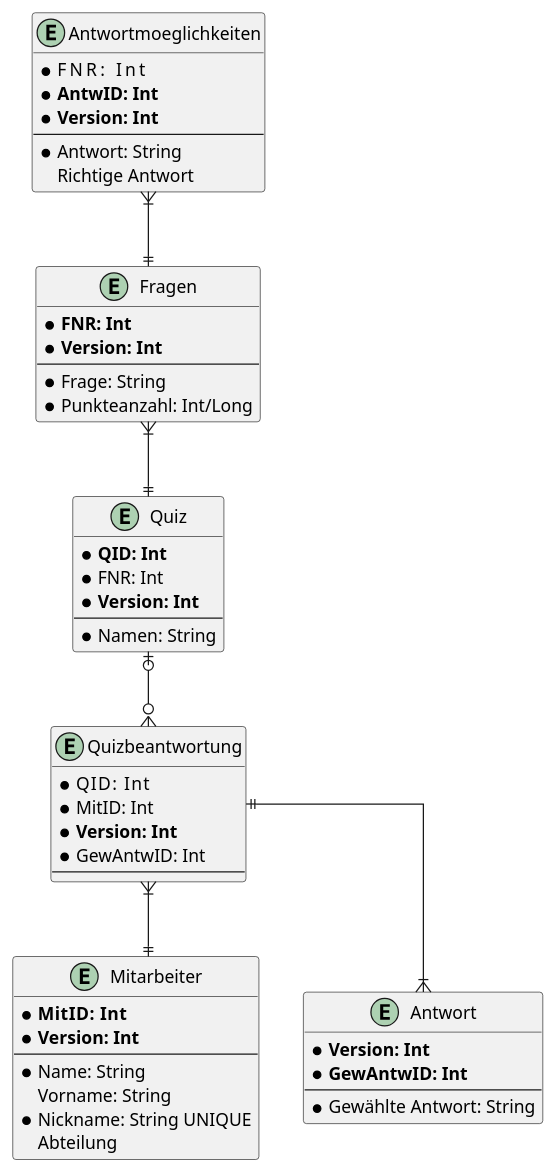
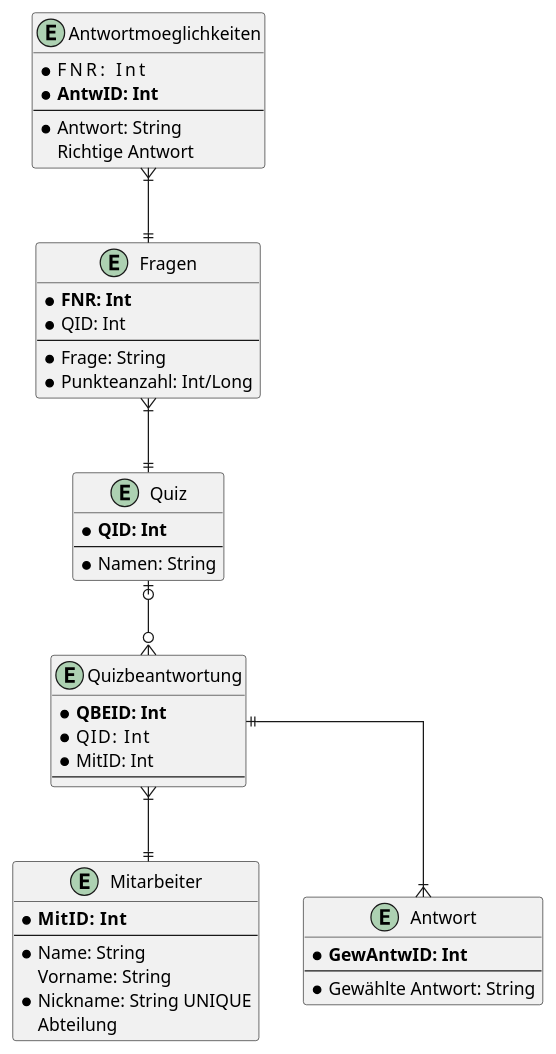
Before and after one commit to game-admin/game: the diagram in documentation/diagrams/ER-Modell.adoc, drawn with PlantUML. The commit also changed 2 other files, not shown here.

Commit message:
ER-Modell changed and updated

```diff
--- a/documentation/diagrams/ER-Modell.adoc
+++ b/documentation/diagrams/ER-Modell.adoc
@@ -1,70 +1,64 @@
 [plantuml, diagram-classes, png]     
 ....
 ' avoid problems with angled crows feet
 skinparam linetype ortho
 
 
 together {
 
     entity Quiz {
         * **QID: Int**
-        * FNR: Int
-        * **Version: Int**
         --
         * Namen: String
     }
     
     entity Quizbeantwortung {
+        * **QBEID: Int**
         * QID:   Int
         * MitID: Int
-        * **Version: Int**
-        * GewAntwID: Int
         --
     }
     
     entity Mitarbeiter {
         * **MitID:  Int**
-        * **Version: Int**
         --
         * Name: String
         Vorname: String
         * Nickname: String UNIQUE
         Abteilung
     }
     
 }
 
 entity Fragen {
     * **FNR: Int**
-    * **Version: Int**
+    * QID: Int
     --
     * Frage: String
     * Punkteanzahl: Int/Long
 }
 
 entity Antwortmoeglichkeiten {
     * FNR:      Int
     * **AntwID: Int**
-    * **Version: Int**
     --
     * Antwort: String
     Richtige Antwort
 }
 
 entity Antwort {
-    * **Version: Int**
     * **GewAntwID: Int**
     --
     * Gewählte Antwort: String
 }
 
 
 
 
 
 Antwortmoeglichkeiten}|--||Fragen
 Fragen}|--||Quiz
 Quiz|o--o{Quizbeantwortung
 Quizbeantwortung}|--||Mitarbeiter
 Quizbeantwortung||--|{Antwort
 ....
```
